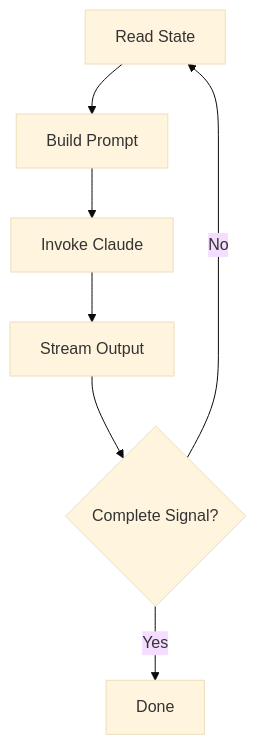
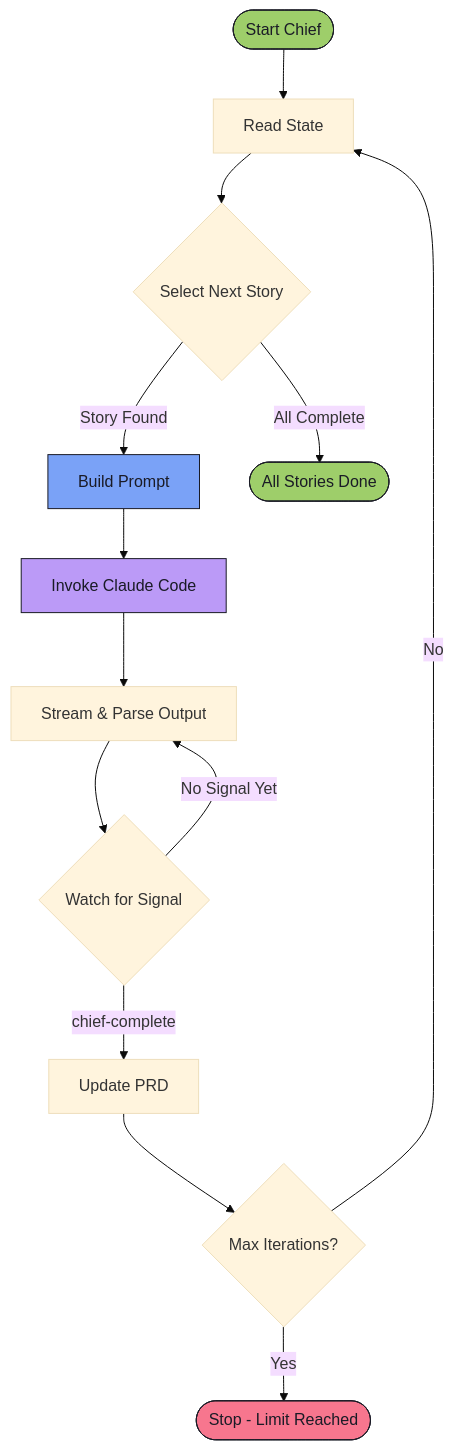
One commit to aoisora126/chief-breaks changed the diagram in docs/concepts/ralph-loop.md. Above: the diagram before and after it, drawn with Mermaid (base theme). The commit also changed other lines of this file, not shown here.

````diff
--- a/docs/concepts/ralph-loop.md
+++ b/docs/concepts/ralph-loop.md
@@ -11,9 +13,21 @@
 ```mermaid
 flowchart TD
-    A[Read State] --> B[Build Prompt]
-    B --> C[Invoke Claude]
-    C --> D[Stream Output]
-    D --> E{Complete Signal?}
-    E -->|No| A
-    E -->|Yes| F[Done]
+    START([Start Chief]) --> READ[Read State]
+    READ --> SELECT{Select Next Story}
+    SELECT -->|Story Found| BUILD[Build Prompt]
+    SELECT -->|All Complete| DONE([All Stories Done])
+    BUILD --> INVOKE[Invoke Claude Code]
+    INVOKE --> STREAM[Stream & Parse Output]
+    STREAM --> WATCH{Watch for Signal}
+    WATCH -->|No Signal Yet| STREAM
+    WATCH -->|chief-complete| UPDATE[Update PRD]
+    UPDATE --> LIMIT{Max Iterations?}
+    LIMIT -->|No| READ
+    LIMIT -->|Yes| STOP([Stop - Limit Reached])
+
+    style START fill:#9ece6a,stroke:#1a1b26,color:#1a1b26
+    style DONE fill:#9ece6a,stroke:#1a1b26,color:#1a1b26
+    style STOP fill:#f7768e,stroke:#1a1b26,color:#1a1b26
+    style BUILD fill:#7aa2f7,stroke:#1a1b26,color:#1a1b26
+    style INVOKE fill:#bb9af7,stroke:#1a1b26,color:#1a1b26
 ```
````
